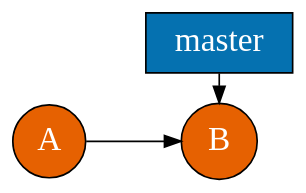
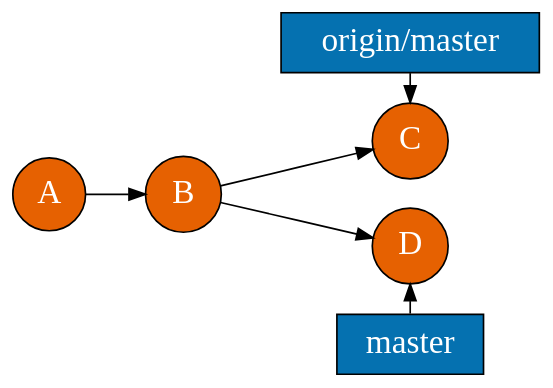
Diagram 12 of 13 in source/index.md (nirname/git-start), drawn with Graphviz before and after one commit. The commit also changed other lines of this file and 1 other file, not shown here.

````diff
--- a/source/index.md
+++ b/source/index.md
@@ -583,17 +684,29 @@
 ```dot
 digraph {
   graph[bgcolor="transparent" rankdir=LR]
   node [style="filled" fontcolor="white" fontsize=20]
 
   {
-    node[shape="circle" fillcolor="#e66101"]
-    A -> B
+    node[shape="rect" fillcolor="#0571b0"]
+    origin_master[label="origin/master"]
+    master[label="master"]
   }
 
   {
-    node[shape="rect" fillcolor="#0571b0"]
+    node[shape="circle" fillcolor="#e66101"]
+    A -> B -> C
+    B -> D
+  }
+
+
+  {
     rank="same"
-    master -> B
+    origin_master -> C
+  }
+
+  {
+    rank="same"
+    D -> master [dir="back"]
   }
 }
 ```
````
